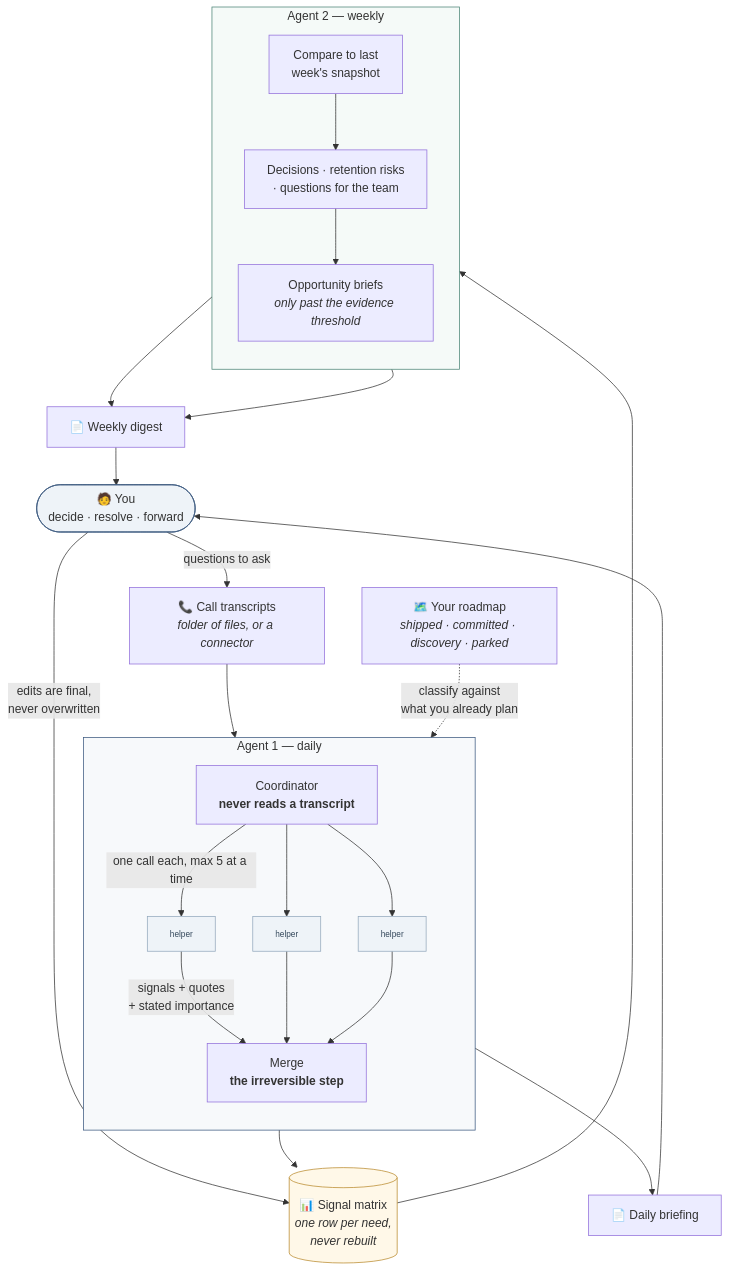
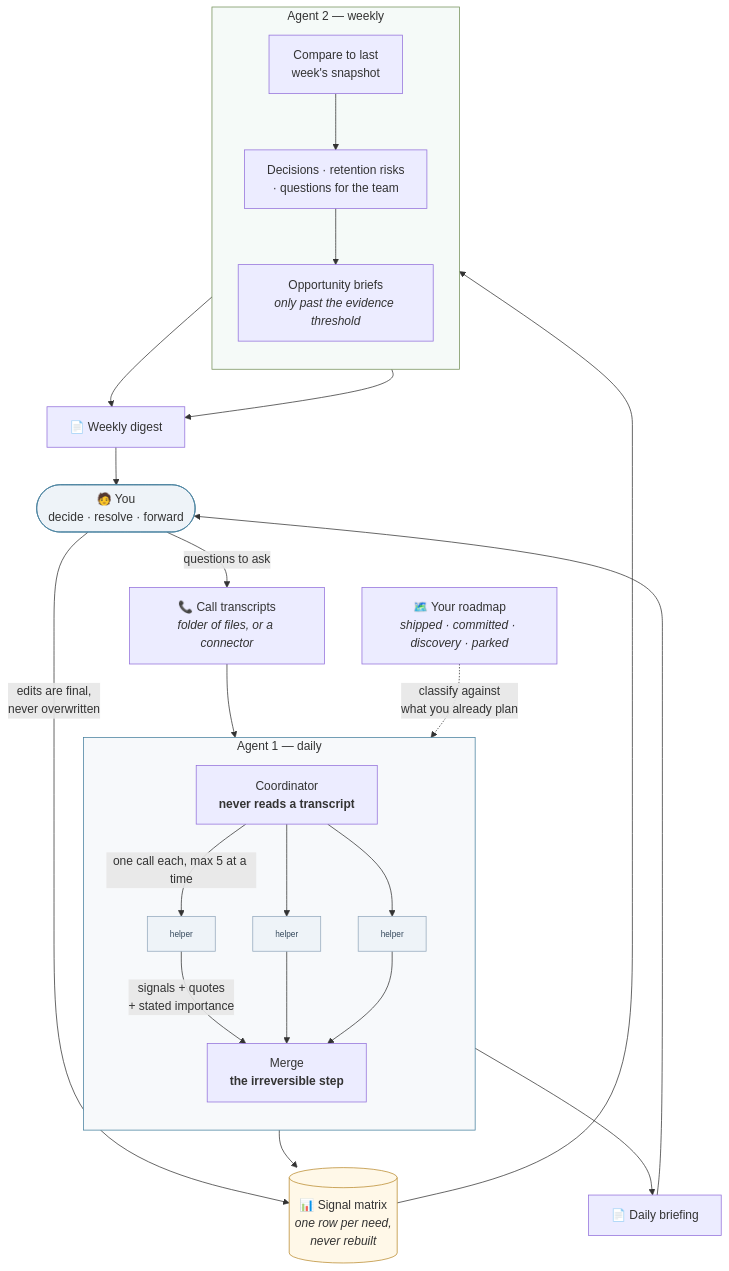
Before and after one commit to barbararomeira/product-discovery-agents: the first of 5 diagrams in docs/architecture.md, drawn with Mermaid. The commit also changed other lines of this file and 22 other files, not shown here.

````diff
--- a/docs/architecture.md
+++ b/docs/architecture.md
@@ -10,50 +10,50 @@
 ```mermaid
 flowchart TB
     T["📞 Call transcripts<br/><i>folder of files, or a connector</i>"]
     R["🗺️ Your roadmap<br/><i>shipped · committed · discovery · parked</i>"]
 
     subgraph DAILY ["Agent 1 — daily"]
         direction TB
         C["Coordinator<br/><b>never reads a transcript</b>"]
         H1["helper"]:::h
         H2["helper"]:::h
         H3["helper"]:::h
         M["Merge<br/><b>the irreversible step</b>"]
         C -->|"one call each, max 5 at a time"| H1
         C --> H2
         C --> H3
         H1 -->|"signals + quotes<br/>+ stated importance"| M
         H2 --> M
         H3 --> M
     end
 
     MX[("📊 Signal matrix<br/><i>one row per need,<br/>never rebuilt</i>")]
     BR["📄 Daily briefing"]
 
     subgraph WEEKLY ["Agent 2 — weekly"]
         direction TB
         S["Compare to last<br/>week's snapshot"] --> D["Decisions · retention risks<br/>· questions for the team"]
         D --> OB["Opportunity briefs<br/><i>only past the evidence threshold</i>"]
     end
 
     DG["📄 Weekly digest"]
     PM(["🧑 You<br/>decide · resolve · forward"])
 
     T --> C
     R -.->|"classify against<br/>what you already plan"| M
     M --> MX
     M --> BR
     MX --> S
     D --> DG
     OB --> DG
     BR --> PM
     DG --> PM
     PM -->|"edits are final,<br/>never overwritten"| MX
     PM -->|"questions to ask"| T
 
     classDef h fill:#eef3f8,stroke:#94a9bd,color:#33475b,font-size:11px;
-    style DAILY fill:#f7f9fb,stroke:#3D5A80
-    style WEEKLY fill:#f5faf8,stroke:#4C8577
+    style DAILY fill:#f7f9fb,stroke:#47809E
+    style WEEKLY fill:#f5faf8,stroke:#75905A
     style MX fill:#fff8e8,stroke:#b98b2e
-    style PM fill:#eef3f8,stroke:#3D5A80
+    style PM fill:#eef3f8,stroke:#47809E
 ```
````
